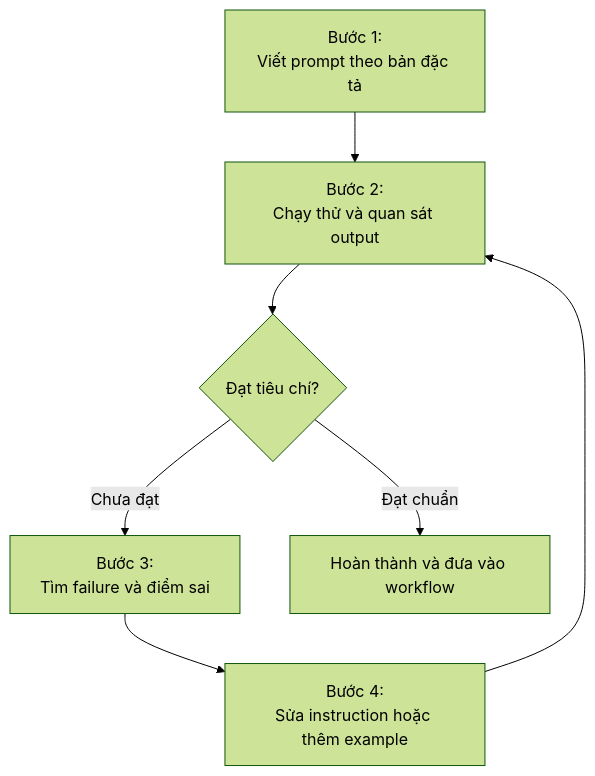
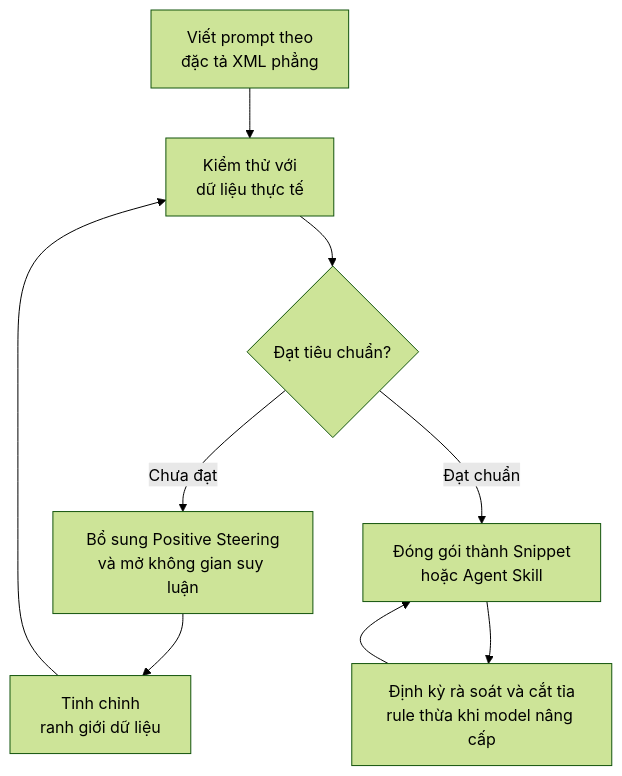
The second of 2 diagrams in content/posts/chuan-muc-viet-prompt-tu-yeu-cau-mo-ho-den-ban-dac-ta.md (nguyengoctin/my_website), drawn with Mermaid (forest theme) before and after one commit. The commit also changed other lines of this file and 4 other files, not shown here.

Commit message:
feat: add new post and refine code block rendering with Mermaid layout adjustments and typography overrides

````diff
--- a/content/posts/chuan-muc-viet-prompt-tu-yeu-cau-mo-ho-den-ban-dac-ta.md
+++ b/content/posts/chuan-muc-viet-prompt-tu-yeu-cau-mo-ho-den-ban-dac-ta.md
@@ -377,9 +146,11 @@
 ```mermaid
 flowchart TD
-P1["Bước 1:<br/>Viết prompt theo bản đặc tả"] --> P2["Bước 2:<br/>Chạy thử và quan sát output"]
-P2 --> P3{"Đạt tiêu chí?"}
-P3 -->|Chưa đạt| P4["Bước 3:<br/>Tìm failure và điểm sai"]
-P4 --> P5["Bước 4:<br/>Sửa instruction hoặc thêm example"]
+P1["Viết prompt theo<br/>đặc tả XML phẳng"] --> P2["Kiểm thử với<br/>dữ liệu thực tế"]
+P2 --> P3{"Đạt tiêu chuẩn?"}
+P3 -->|Chưa đạt| P4["Bổ sung Positive Steering<br/>và mở không gian suy luận"]
+P4 --> P5["Tinh chỉnh<br/>ranh giới dữ liệu"]
 P5 --> P2
-P3 -->|Đạt chuẩn| P6["Hoàn thành và đưa vào workflow"]
+P3 -->|Đạt chuẩn| P6["Đóng gói thành Snippet<br/>hoặc Agent Skill"]
+P6 --> P7["Định kỳ rà soát và cắt tỉa<br/>rule thừa khi model nâng cấp"]
+P7 --> P6
 ```
````
